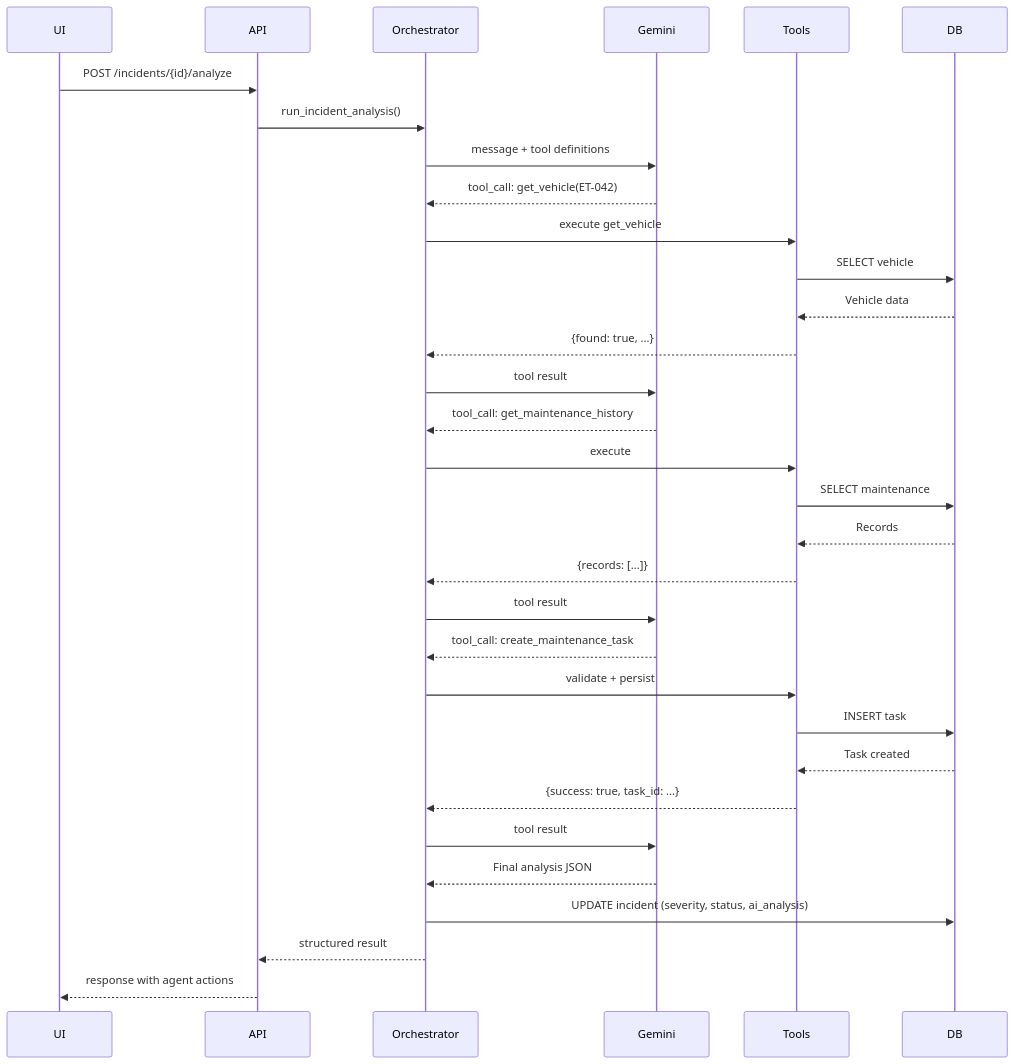
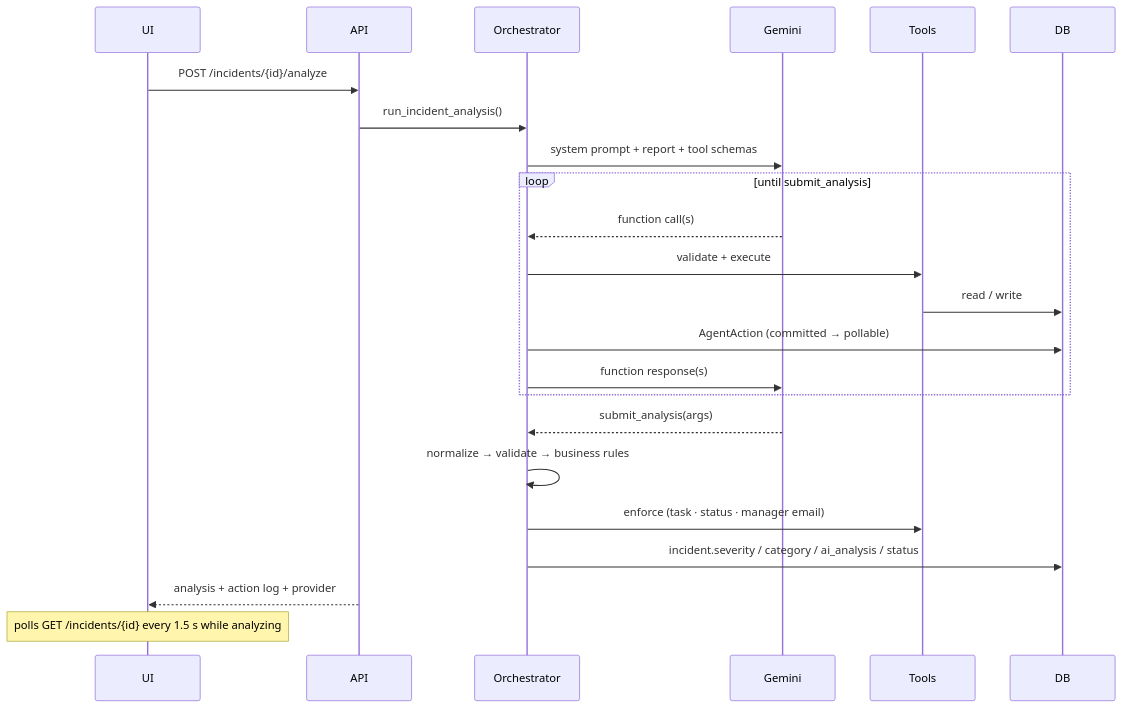
Before and after one commit to miki-smart/fleetpilotapi: the second of 2 diagrams in docs/architecture.md, drawn with Mermaid. The commit also changed other lines of this file and 47 other files, not shown here.

````diff
--- a/docs/architecture.md
+++ b/docs/architecture.md
@@ -31,35 +39,26 @@
 ```mermaid
 sequenceDiagram
     participant UI
     participant API
     participant Orchestrator
     participant Gemini
     participant Tools
     participant DB
 
     UI->>API: POST /incidents/{id}/analyze
     API->>Orchestrator: run_incident_analysis()
-    Orchestrator->>Gemini: message + tool definitions
-    Gemini-->>Orchestrator: tool_call: get_vehicle(ET-042)
-    Orchestrator->>Tools: execute get_vehicle
-    Tools->>DB: SELECT vehicle
-    DB-->>Tools: Vehicle data
-    Tools-->>Orchestrator: {found: true, ...}
-    Orchestrator->>Gemini: tool result
-    Gemini-->>Orchestrator: tool_call: get_maintenance_history
-    Orchestrator->>Tools: execute
-    Tools->>DB: SELECT maintenance
-    DB-->>Tools: Records
-    Tools-->>Orchestrator: {records: [...]}
-    Orchestrator->>Gemini: tool result
-    Gemini-->>Orchestrator: tool_call: create_maintenance_task
-    Orchestrator->>Tools: validate + persist
-    Tools->>DB: INSERT task
-    DB-->>Tools: Task created
-    Tools-->>Orchestrator: {success: true, task_id: ...}
-    Orchestrator->>Gemini: tool result
-    Gemini-->>Orchestrator: Final analysis JSON
-    Orchestrator->>DB: UPDATE incident (severity, status, ai_analysis)
-    Orchestrator-->>API: structured result
-    API-->>UI: response with agent actions
+    Orchestrator->>Gemini: system prompt + report + tool schemas
+    loop until submit_analysis
+        Gemini-->>Orchestrator: function call(s)
+        Orchestrator->>Tools: validate + execute
+        Tools->>DB: read / write
+        Orchestrator->>DB: AgentAction (committed → pollable)
+        Orchestrator->>Gemini: function response(s)
+    end
+    Gemini-->>Orchestrator: submit_analysis(args)
+    Orchestrator->>Orchestrator: normalize → validate → business rules
+    Orchestrator->>Tools: enforce (task · status · manager email)
+    Orchestrator->>DB: incident.severity / category / ai_analysis / status
+    API-->>UI: analysis + action log + provider
+    Note over UI: polls GET /incidents/{id} every 1.5 s while analyzing
 ```
````
